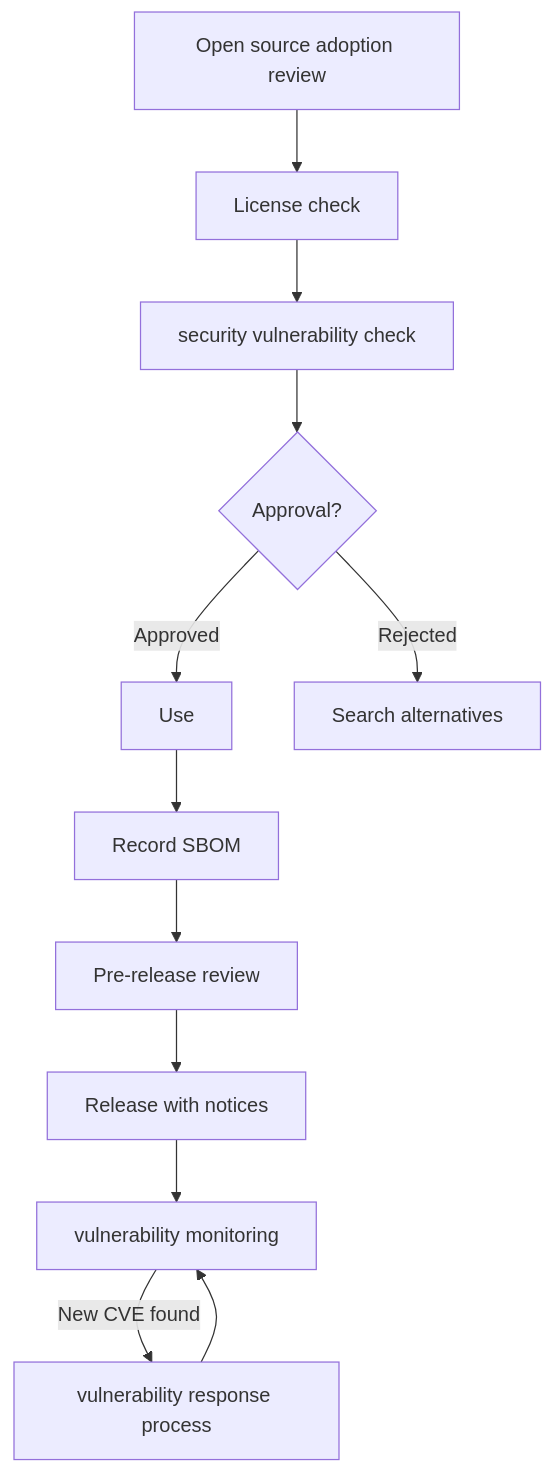
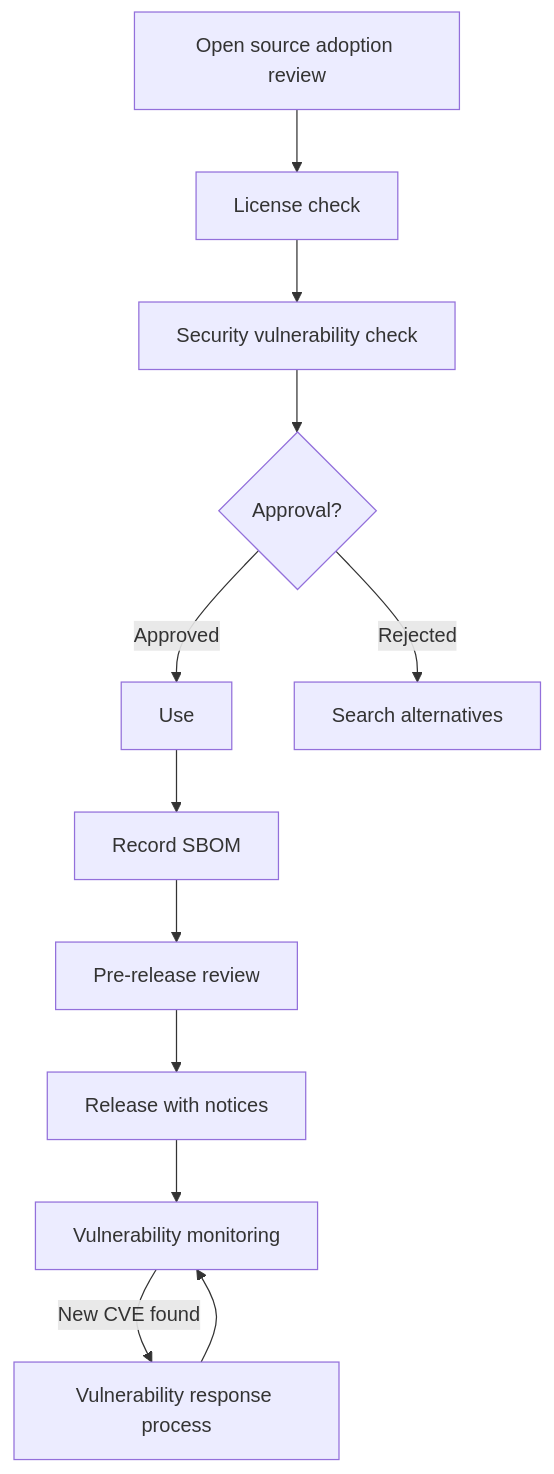
Before and after one commit to trustedoss/trustedoss.github.io: the first of 2 diagrams in website/i18n/en/docusaurus-plugin-content-docs/current/04-process/index.md, drawn with Mermaid. The commit also changed other lines of this file and 33 other files, not shown here.

````diff
--- a/website/i18n/en/docusaurus-plugin-content-docs/current/04-process/index.md
+++ b/website/i18n/en/docusaurus-plugin-content-docs/current/04-process/index.md
@@ -35,14 +39,14 @@
 ```mermaid
 flowchart TD
     A[Open source adoption review] --> B[License check]
-    B --> C[security vulnerability check]
+    B --> C[Security vulnerability check]
     C --> D{Approval?}
     D -->|Approved| E[Use]
     D -->|Rejected| F[Search alternatives]
     E --> G[Record SBOM]
     G --> H[Pre-release review]
     H --> I[Release with notices]
-    I --> J[vulnerability monitoring]
-    J -->|New CVE found| K[vulnerability response process]
+    I --> J[Vulnerability monitoring]
+    J -->|New CVE found| K[Vulnerability response process]
     K --> J
 ```
````
